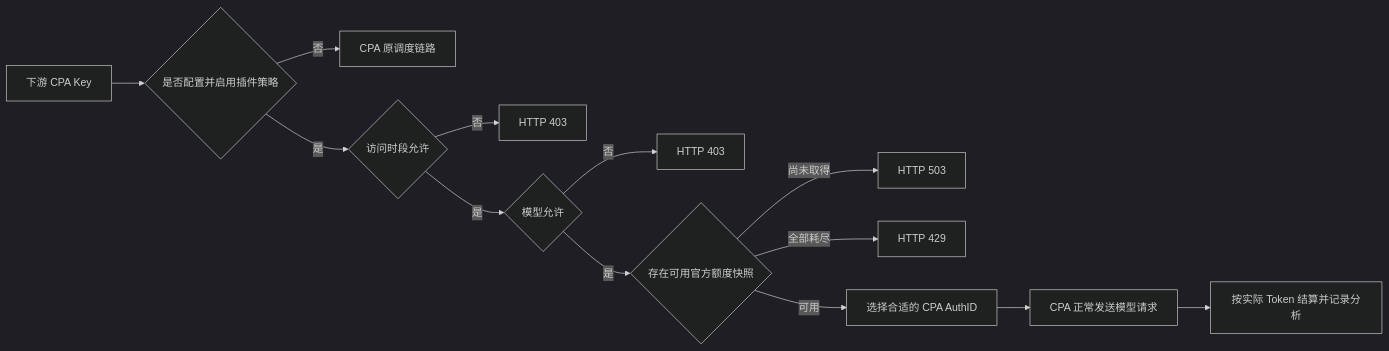
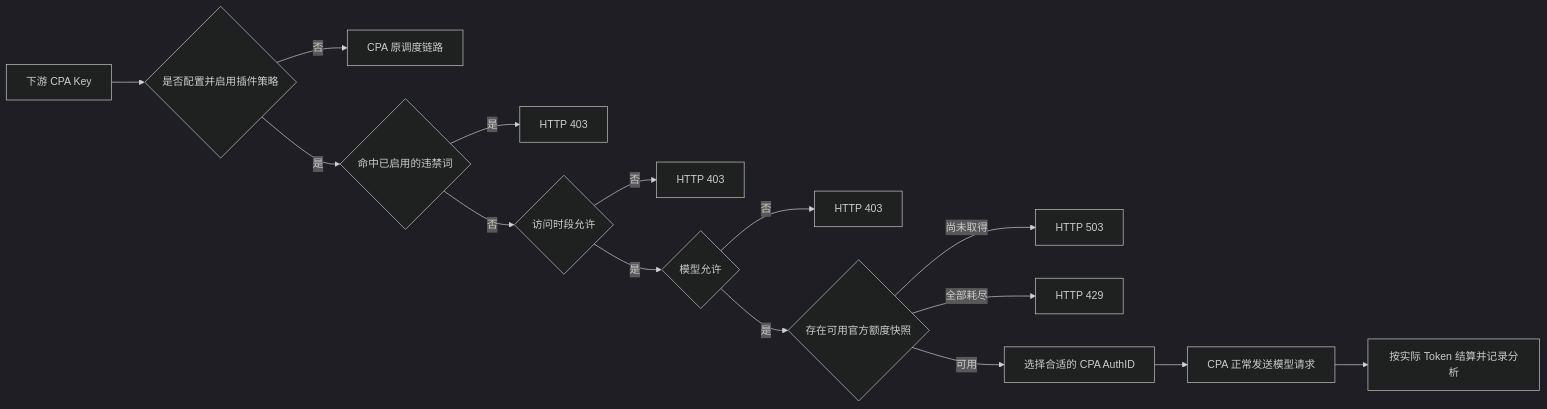
Before and after one commit to lucky98556/codex-carpool: the diagram in README.md, drawn with Mermaid (dark theme). The commit also changed other lines of this file and 22 other files, not shown here.

````diff
--- a/README.md
+++ b/README.md
@@ -36,15 +37,17 @@
 ```mermaid
 flowchart LR
     K["下游 CPA Key"] --> P{"是否配置并启用插件策略"}
     P -- 否 --> N["CPA 原调度链路"]
-    P -- 是 --> T{"访问时段允许"}
+    P -- 是 --> F{"命中已启用的违禁词"}
+    F -- 是 --> E403C["HTTP 403"]
+    F -- 否 --> T{"访问时段允许"}
     T -- 否 --> E403A["HTTP 403"]
     T -- 是 --> M{"模型允许"}
     M -- 否 --> E403B["HTTP 403"]
     M -- 是 --> Q{"存在可用官方额度快照"}
     Q -- 尚未取得 --> E503["HTTP 503"]
     Q -- 全部耗尽 --> E429["HTTP 429"]
     Q -- 可用 --> R["选择合适的 CPA AuthID"]
     R --> U["CPA 正常发送模型请求"]
     U --> S["按实际 Token 结算并记录分析"]
 ```
````
